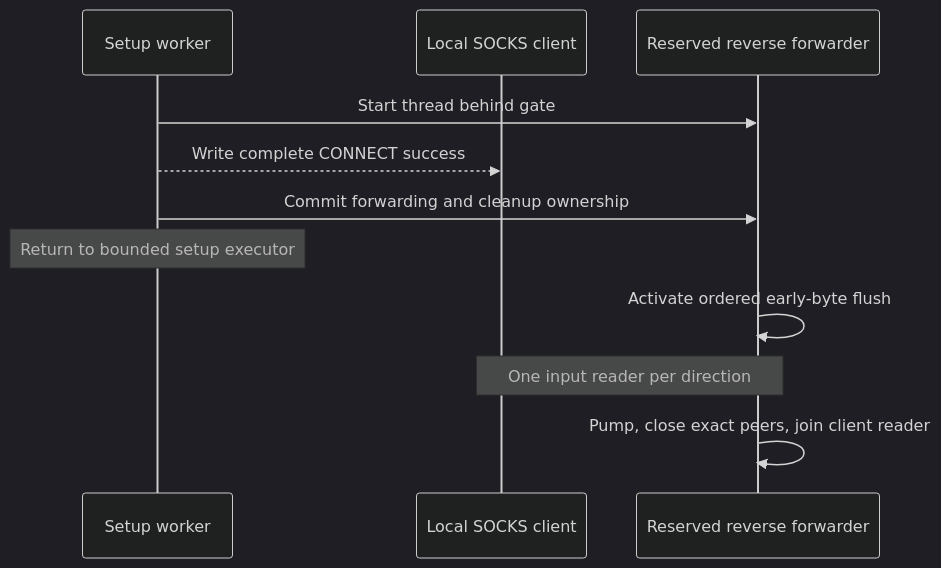
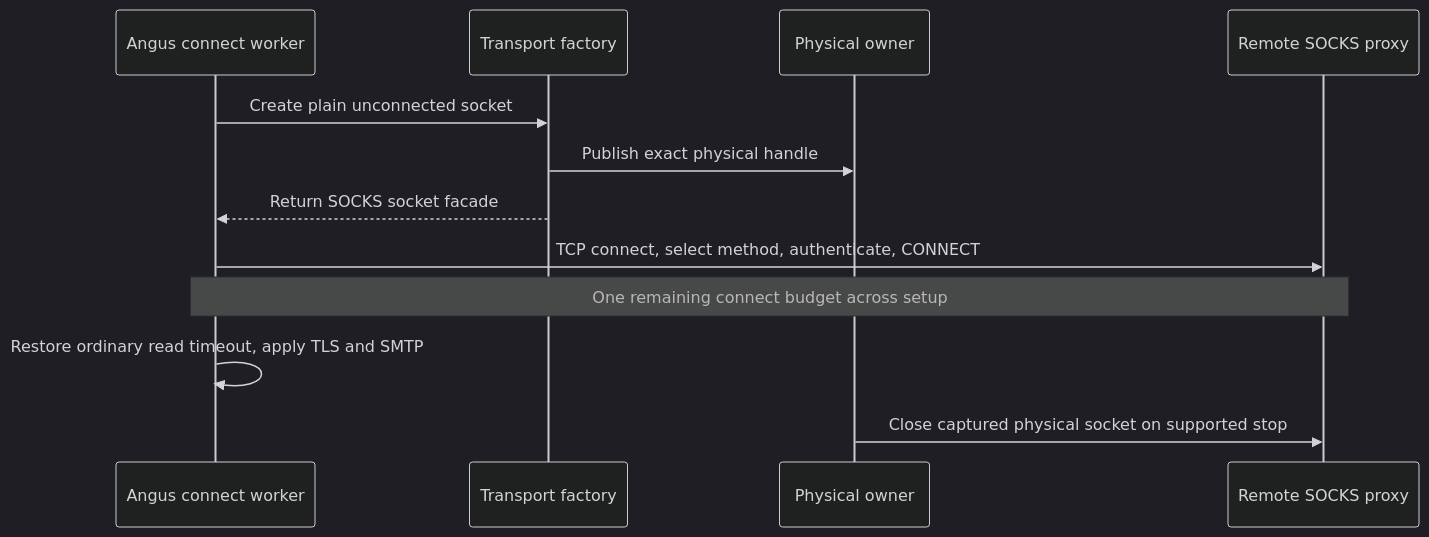
Before and after one commit to bbottema/simple-java-mail: the diagram in docs/concurrency/14-authenticated-socks-bridge.md, drawn with Mermaid (dark theme). The commit also changed other lines of this file and 139 other files, not shown here.

First line of the commit message:
refactor(proxy): remove the authenticated SOCKS bridge (#922)

````diff
--- a/docs/concurrency/14-authenticated-socks-bridge.md
+++ b/docs/concurrency/14-authenticated-socks-bridge.md
@@ -22,13 +19,14 @@
 ```mermaid
 sequenceDiagram
-    participant Setup as Setup worker
-    participant Peer as Local SOCKS client
-    participant Forward as Reserved reverse forwarder
-    Setup->>Forward: Start thread behind gate
-    Setup-->>Peer: Write complete CONNECT success
-    Setup->>Forward: Commit forwarding and cleanup ownership
-    Note over Setup: Return to bounded setup executor
-    Forward->>Forward: Activate ordered early-byte flush
-    Note over Peer,Forward: One input reader per direction
-    Forward->>Forward: Pump, close exact peers, join client reader
+    participant Angus as Angus connect worker
+    participant Factory as Transport factory
+    participant Owner as Physical owner
+    participant Proxy as Remote SOCKS proxy
+    Angus->>Factory: Create plain unconnected socket
+    Factory->>Owner: Publish exact physical handle
+    Factory-->>Angus: Return SOCKS socket facade
+    Angus->>Proxy: TCP connect, select method, authenticate, CONNECT
+    Note over Angus,Proxy: One remaining connect budget across setup
+    Angus->>Angus: Restore ordinary read timeout, apply TLS and SMTP
+    Owner->>Proxy: Close captured physical socket on supported stop
 ```
````
